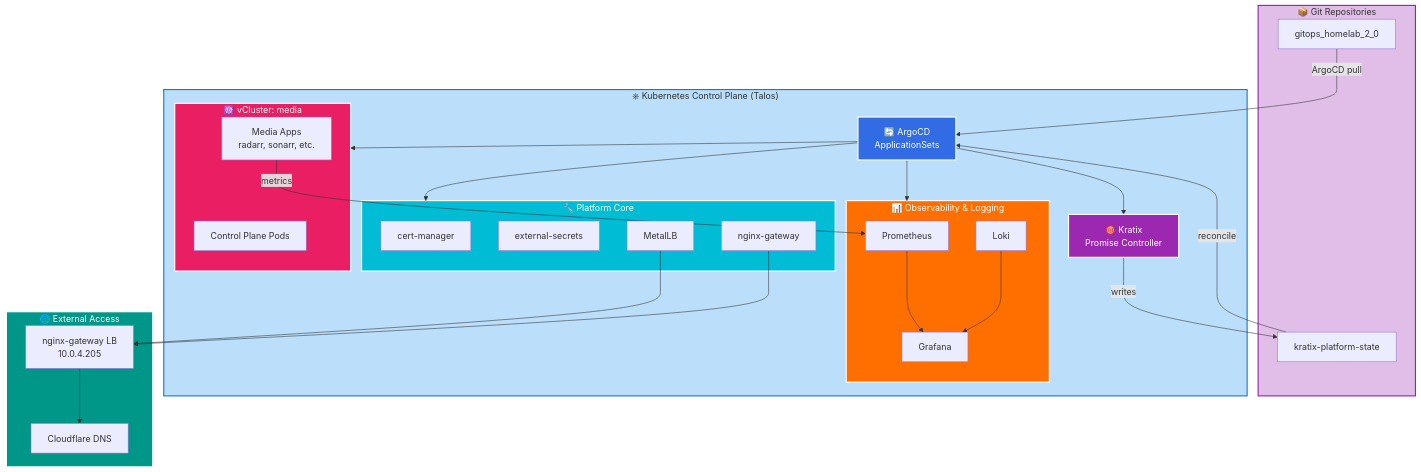
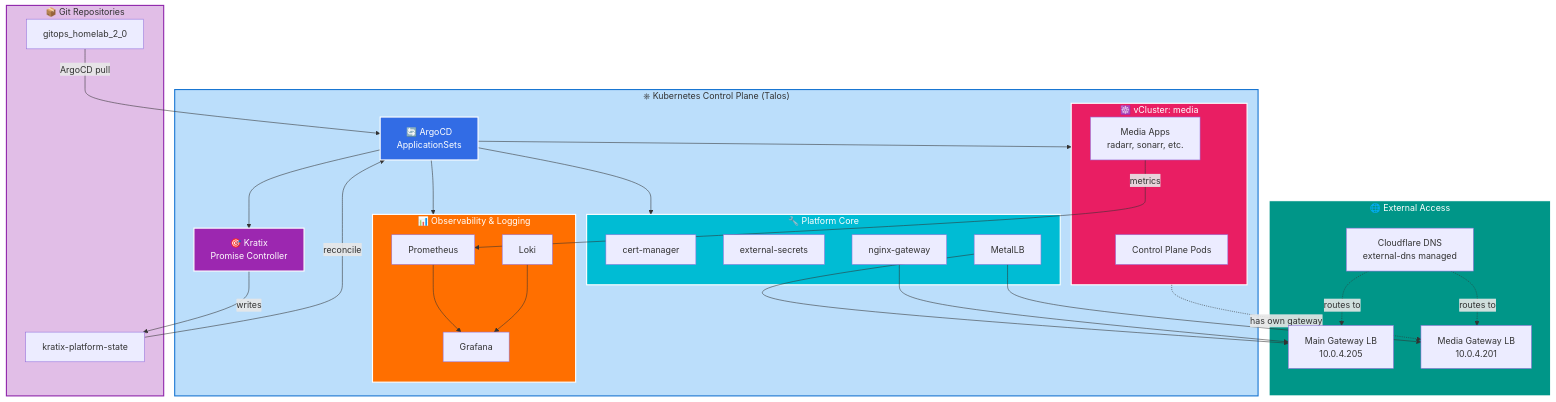
The first of 3 diagrams in docs/architecture.md (JamesAtIntegratnIO/gitops_homelab_2_0), drawn with Mermaid before and after one commit.

Commit message:
docs: update architecture diagram to show multiple gateway IPs
- Show separate LoadBalancer IPs for main cluster (10.0.4.205) and media vCluster (10.0.4.201)
- Clarify that external-dns manages Cloudflare records
- Note that each vCluster has its own nginx-gateway instance

````diff
--- a/docs/architecture.md
+++ b/docs/architecture.md
@@ -93,63 +93,67 @@
 ```mermaid
 flowchart TD
     subgraph Git["📦 Git Repositories"]
         GitOps["gitops_homelab_2_0"]
         StateRepo["kratix-platform-state"]
     end
     
     GitOps -->|"ArgoCD pull"| ArgoCD
     StateRepo -->|"reconcile"| ArgoCD
     
     subgraph K8s["⎈ Kubernetes Control Plane (Talos)"]
         ArgoCD["🔄 ArgoCD<br/>ApplicationSets"]
         
         ArgoCD --> PlatformCore
         ArgoCD --> ObsLog
         ArgoCD --> Kratix
         ArgoCD --> VCluster
         
         subgraph PlatformCore["🔧 Platform Core"]
             CertManager["cert-manager"]
             ExtSecrets["external-secrets"]
             Gateway["nginx-gateway"]
             MetalLB["MetalLB"]
         end
         
         subgraph ObsLog["📊 Observability & Logging"]
             Prometheus["Prometheus"]
             Grafana["Grafana"]
             Loki["Loki"]
         end
         
         Kratix["🎯 Kratix<br/>Promise Controller"]
         
         subgraph VCluster["☸️ vCluster: media"]
             VControl["Control Plane Pods"]
             VApps["Media Apps<br/>radarr, sonarr, etc."]
         end
     end
     
     Kratix -->|"writes"| StateRepo
     
     subgraph External["🌐 External Access"]
-        NGW["nginx-gateway LB<br/>10.0.4.205"]
-        DNS["Cloudflare DNS"]
+        DNS["Cloudflare DNS<br/>external-dns managed"]
+        NGWMain["Main Gateway LB<br/>10.0.4.205"]
+        NGWMedia["Media Gateway LB<br/>10.0.4.201"]
     end
     
-    MetalLB --> NGW
-    Gateway --> NGW
-    NGW --> DNS
+    MetalLB --> NGWMain
+    MetalLB --> NGWMedia
+    Gateway --> NGWMain
+    VCluster -.->|"has own gateway"| NGWMedia
+    DNS -.->|"routes to"| NGWMain
+    DNS -.->|"routes to"| NGWMedia
     
     VApps -->|"metrics"| Prometheus
     Prometheus --> Grafana
     Loki --> Grafana
     
     style Git fill:#e1bee7,stroke:#8e24aa,stroke-width:2px
     style K8s fill:#bbdefb,stroke:#1976d2,stroke-width:2px
     style ArgoCD fill:#326ce5,stroke:#fff,stroke-width:2px,color:#fff
     style PlatformCore fill:#00bcd4,stroke:#fff,stroke-width:2px,color:#fff
     style ObsLog fill:#ff6f00,stroke:#fff,stroke-width:2px,color:#fff
     style Kratix fill:#9c27b0,stroke:#fff,stroke-width:2px,color:#fff
     style VCluster fill:#e91e63,stroke:#fff,stroke-width:2px,color:#fff
     style External fill:#009688,stroke:#fff,stroke-width:2px,color:#fff
 ```
````
